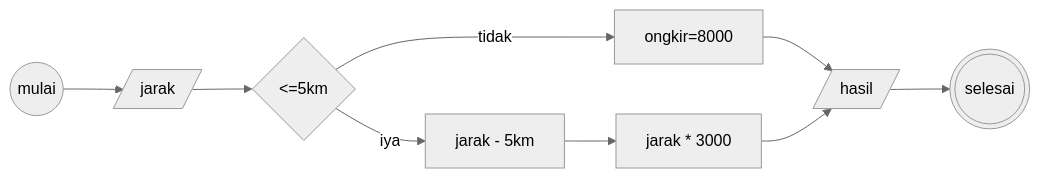
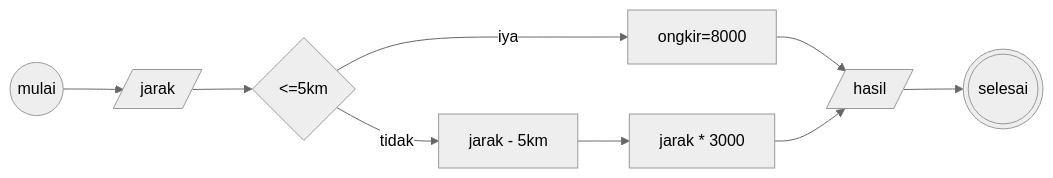
One commit to abdullah-fikri/koda-b4-algoritma changed the diagram in minitask8.md. Above: the diagram before and after it, drawn with Mermaid (neutral theme).

````diff
--- a/minitask8.md
+++ b/minitask8.md
@@ -3,12 +3,12 @@
 ```mermaid
 flowchart LR
 a@{ shape: circle, label: "mulai"} -->
 b@{ shape: lean-r, label: "jarak"} -->
-c@{ shape: diamond, label: " <=5km "} --tidak-->
+c@{ shape: diamond, label: " <=5km "} --iya-->
 d@{ shape: rect , label: " ongkir=8000"}--> f
-c --iya--> e@{ shape: rect , label: "jarak - 5km"}-->
+c --tidak--> e@{ shape: rect , label: "jarak - 5km"}-->
 h@{ shape: rect , label: "jarak * 3000"}-->
 
 f@{ shape: lean-r , label: "hasil"} -->
 g@{ shape: dbl-circ , label: "selesai"}
 ```
````
